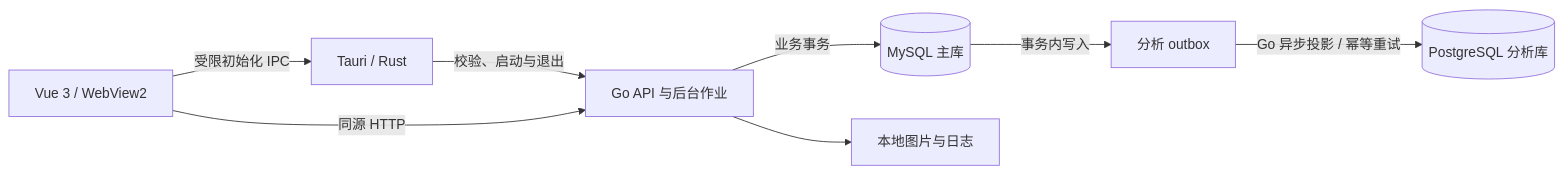
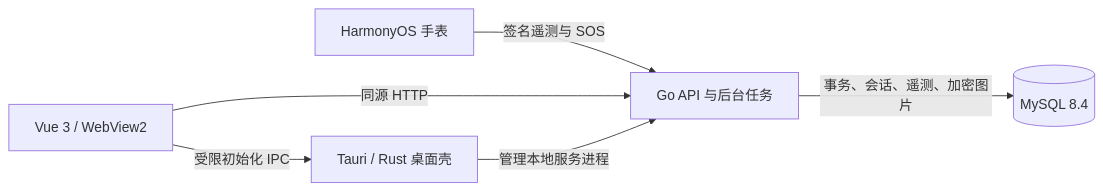
One commit to WatchTestCs/smart-elderly-watch-management changed the diagram in README.md. Above: the diagram before and after it, drawn with Mermaid. The commit also changed other lines of this file and 4 other files, not shown here.

````diff
--- a/README.md
+++ b/README.md
@@ -105,10 +97,8 @@
 ```mermaid
 flowchart LR
-    R["Tauri / Rust"] -->|"校验、启动与退出"| G["Go API 与后台作业"]
+    W["HarmonyOS 手表"] -->|"签名遥测与 SOS"| G["Go API 与后台任务"]
     V["Vue 3 / WebView2"] -->|"同源 HTTP"| G
-    V -->|"受限初始化 IPC"| R
-    G -->|"业务事务"| M[("MySQL 主库")]
-    M -->|"事务内写入"| O["分析 outbox"]
-    O -->|"Go 异步投影 / 幂等重试"| P[("PostgreSQL 分析库")]
-    G --> F["本地图片与日志"]
+    V -->|"受限初始化 IPC"| R["Tauri / Rust 桌面壳"]
+    R -->|"管理本地服务进程"| G
+    G -->|"事务、会话、遥测、加密图片"| M[("MySQL 8.4")]
 ```
````
